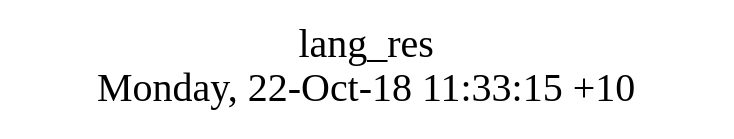
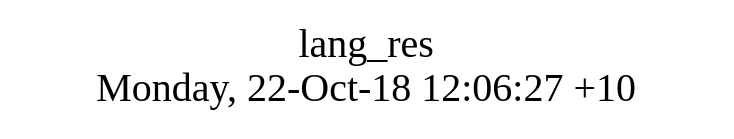
One commit to AplaProject/apps changed the diagram in src/lang_res/struct.dot. Above: the diagram before and after it, drawn with Graphviz. The commit also changed 310 other files, not shown here.

```diff
--- a/src/lang_res/struct.dot
+++ b/src/lang_res/struct.dot
@@ -1,8 +1,8 @@
 digraph G {
 fontsize="24";
-label="lang_res\nMonday, 22-Oct-18 11:33:15 +10";
+label="lang_res\nMonday, 22-Oct-18 12:06:27 +10";
 nojustify=true;
 ordering=out;
 rankdir=LR;
 size="30";
 }
```
